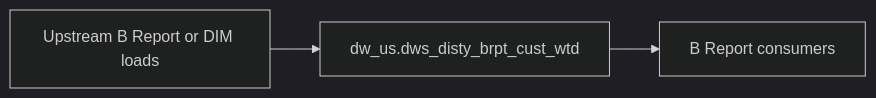
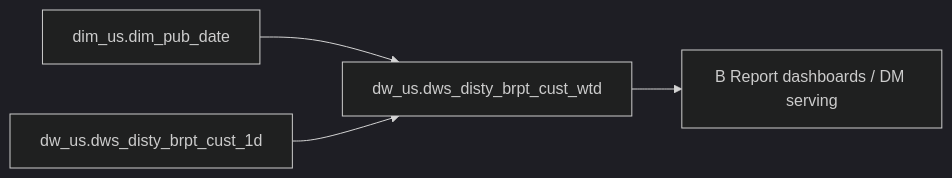
Before and after one commit to chengduhaha/data_agent: the diagram in backend/defaults/b_report/workspace/target/knowledgebase/b-report-us/dws_disty_brpt_cust_wtd.md, drawn with Mermaid (dark theme). The commit also changed other lines of this file and 1108 other files, not shown here.

````diff
--- a/backend/defaults/b_report/workspace/target/knowledgebase/b-report-us/dws_disty_brpt_cust_wtd.md
+++ b/backend/defaults/b_report/workspace/target/knowledgebase/b-report-us/dws_disty_brpt_cust_wtd.md
@@ -159,8 +267,10 @@
 ```mermaid
 flowchart LR
-  upstream[Upstream B Report or DIM loads]
-  tgt["dw_us.dws_disty_brpt_cust_wtd"]
-  brpt[B Report consumers]
-  upstream --> tgt
-  tgt --> brpt
+  dw_us_dws_disty_brpt_cust_wtd["dw_us.dws_disty_brpt_cust_wtd"]
+  src0["dim_us.dim_pub_date"]
+  src0 --> dw_us_dws_disty_brpt_cust_wtd
+  src1["dw_us.dws_disty_brpt_cust_1d"]
+  src1 --> dw_us_dws_disty_brpt_cust_wtd
+  consumers["B Report dashboards / DM serving"]
+  dw_us_dws_disty_brpt_cust_wtd --> consumers
 ```
````
